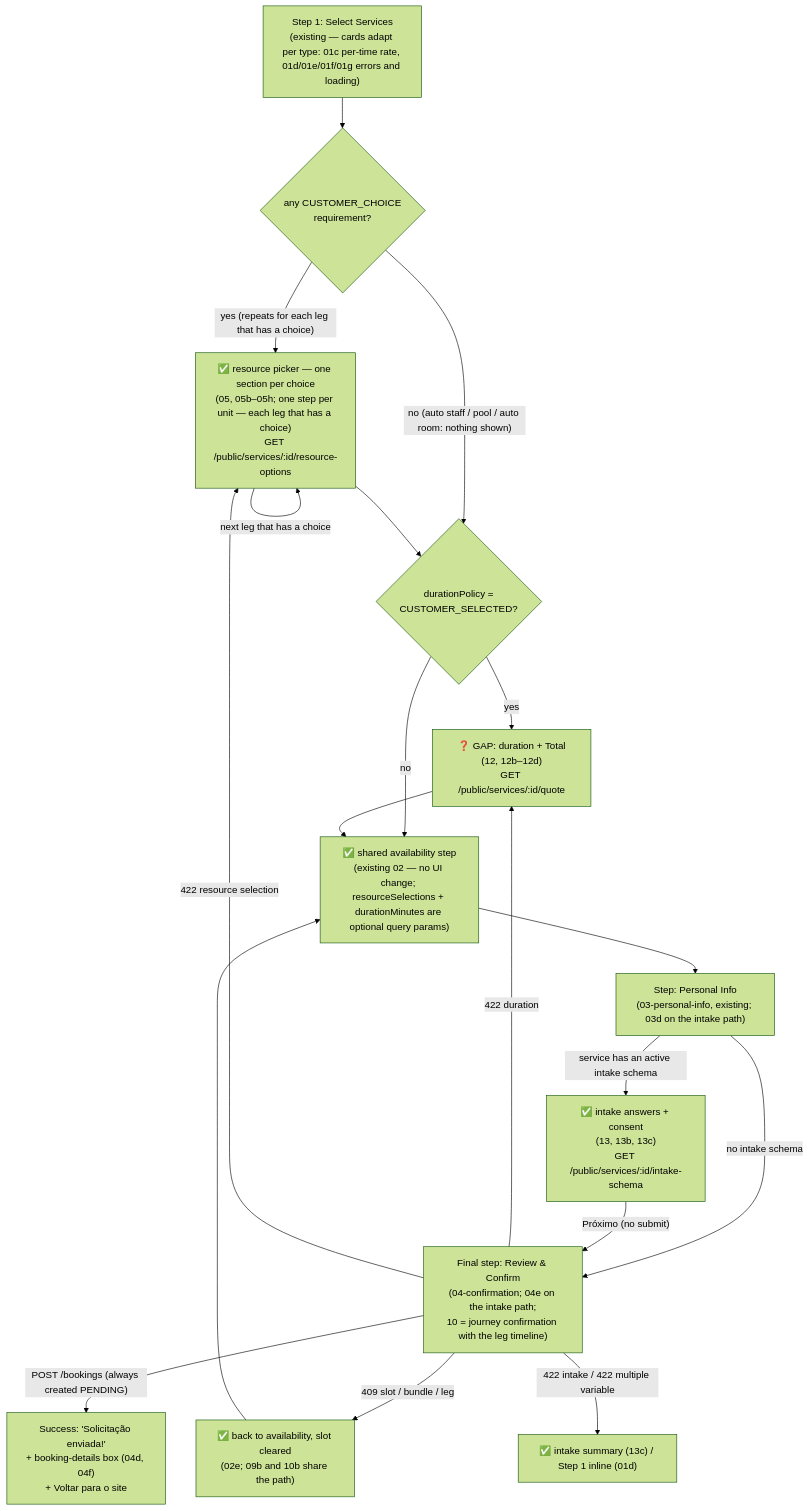
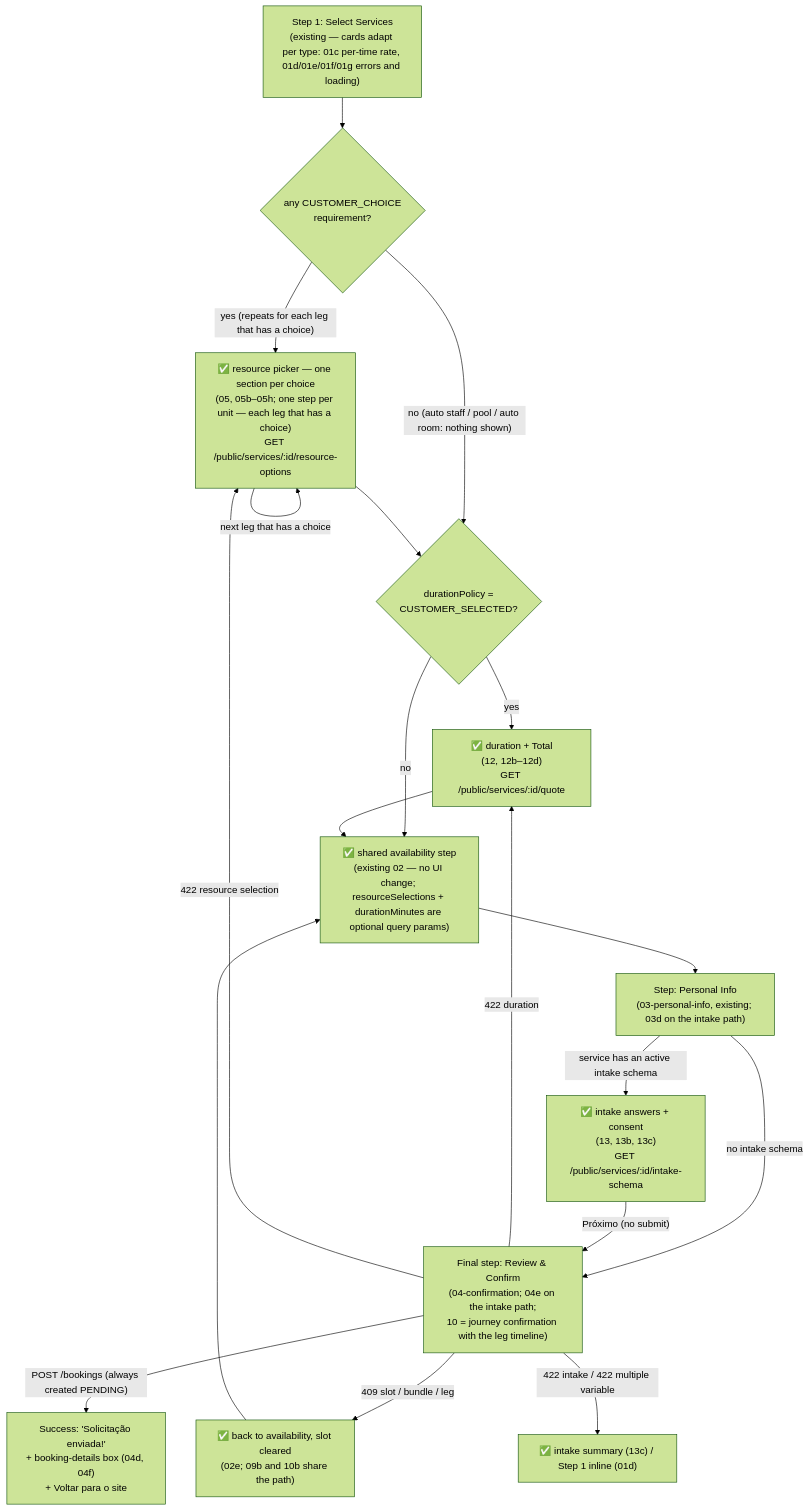
Before and after one commit to lmmoreira/ikaro: the second of 2 diagrams in plan/journey/guest/book-a-service.md, drawn with Mermaid (forest theme). The commit also changed other lines of this file and 74 other files, not shown here.

````diff
--- a/plan/journey/guest/book-a-service.md
+++ b/plan/journey/guest/book-a-service.md
@@ -59,24 +59,24 @@
 ```mermaid
 flowchart TD
     classDef gap stroke:#f00,stroke-dasharray: 5 5,fill:#fee
 
     S1b["Step 1: Select Services<br/>(existing — cards adapt per type: 01c per-time rate, 01d/01e/01f/01g errors and loading)"] --> HasChoice{"any CUSTOMER_CHOICE<br/>requirement?"}
     HasChoice -- "yes (repeats for each leg that has a choice)" --> Picker["✅ resource picker — one section per choice<br/>(05, 05b–05h; one step per unit — each leg that has a choice)<br/>GET /public/services/:id/resource-options"]
     HasChoice -- "no (auto staff / pool / auto room: nothing shown)" --> HasDuration
     Picker -->|"next leg that has a choice"| Picker
     Picker --> HasDuration{"durationPolicy =<br/>CUSTOMER_SELECTED?"}
-    HasDuration -- "yes" --> Duration["❓ GAP: duration + Total<br/>(12, 12b–12d)<br/>GET /public/services/:id/quote"]
+    HasDuration -- "yes" --> Duration["✅ duration + Total<br/>(12, 12b–12d)<br/>GET /public/services/:id/quote"]
     HasDuration -- "no" --> Availability
     Duration --> Availability["✅ shared availability step<br/>(existing 02 — no UI change; resourceSelections + durationMinutes are optional query params)"]
 
     Availability --> S3m["Step: Personal Info<br/>(03-personal-info, existing; 03d on the intake path)"]
     S3m -->|"service has an active intake schema"| Intake["✅ intake answers + consent<br/>(13, 13b, 13c)<br/>GET /public/services/:id/intake-schema"]
     S3m -->|"no intake schema"| Confirm
     Intake -->|"Próximo (no submit)"| Confirm["Final step: Review & Confirm<br/>(04-confirmation; 04e on the intake path;<br/>10 = journey confirmation with the leg timeline)"]
     Confirm -->|"POST /bookings (always created PENDING)"| Done["Success: 'Solicitação enviada!'<br/>+ booking-details box (04d, 04f)<br/>+ Voltar para o site"]
     Confirm -->|"409 slot / bundle / leg"| BackAvail["✅ back to availability, slot cleared<br/>(02e; 09b and 10b share the path)"]
     Confirm -->|"422 duration"| Duration
     Confirm -->|"422 resource selection"| Picker
     Confirm -->|"422 intake / 422 multiple variable"| Errors["✅ intake summary (13c) / Step 1 inline (01d)"]
     BackAvail --> Availability
 ```
````
